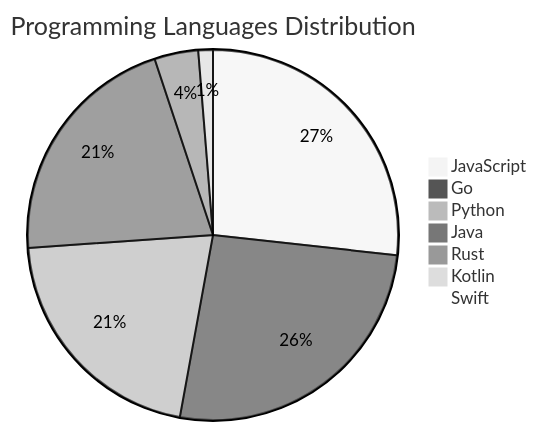
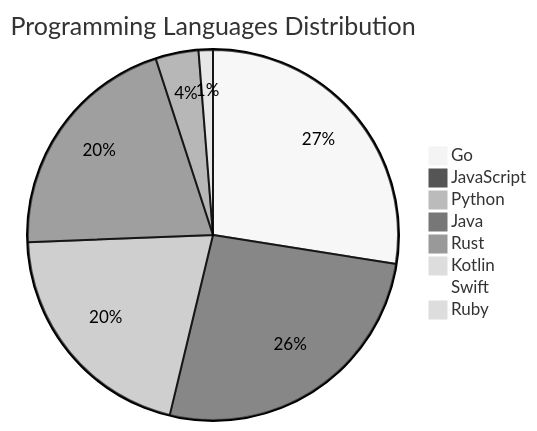
One commit to Derrick-MUGISHA/github-activity-bot changed the diagram in README.md. Above: the diagram before and after it, drawn with Mermaid (neutral theme). The commit also changed other lines of this file and 4 other files, not shown here.

````diff
--- a/README.md
+++ b/README.md
@@ -206,10 +208,11 @@
 ```mermaid
 pie title Programming Languages Distribution
+    "Go" : 44
     "JavaScript" : 42
-    "Go" : 41
     "Python" : 33
     "Java" : 33
     "Rust" : 6
     "Kotlin" : 2
     "Swift" : 1
+    "Ruby" : 1
 ```
````
